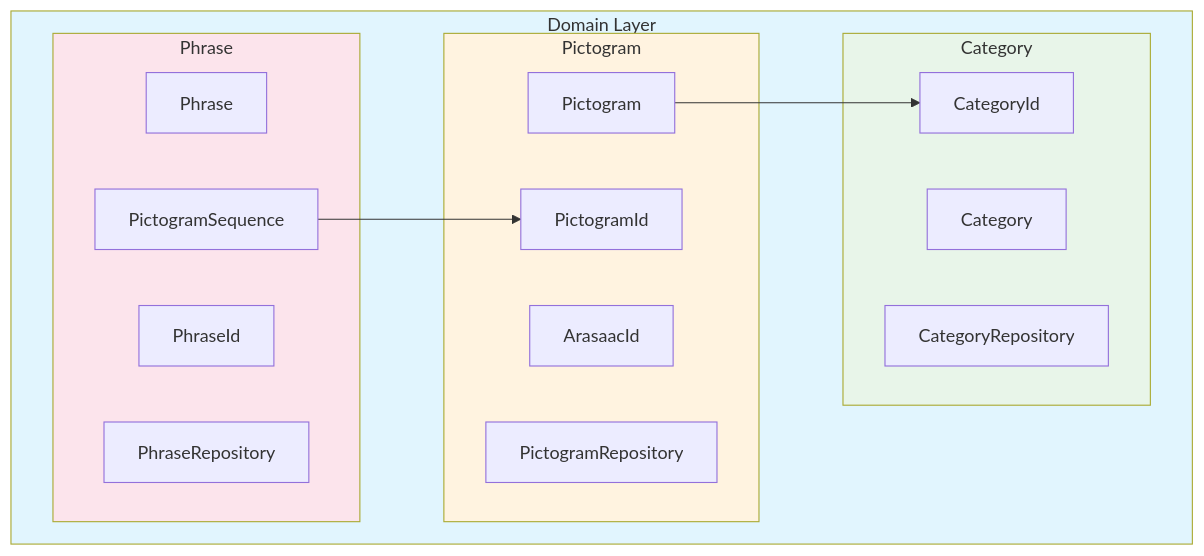
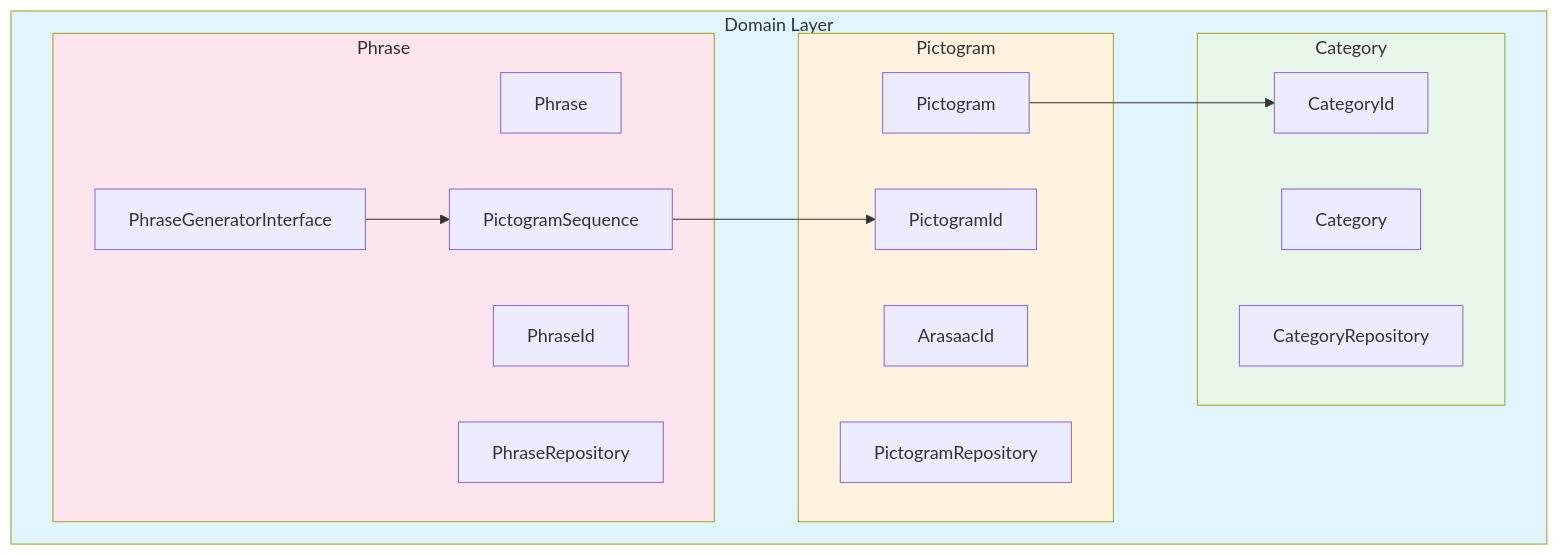
Before and after one commit to luismiglezmohino/HablaIA: the third of 4 diagrams in docs/diagrams/domain-layer.md, drawn with Mermaid. The commit also changed other lines of this file and 3 other files, not shown here.

First line of the commit message:
feat(domain): add PhraseGeneratorInterface for LLM abstraction

````diff
--- a/docs/diagrams/domain-layer.md
+++ b/docs/diagrams/domain-layer.md
@@ -132,32 +140,34 @@
 ```mermaid
 graph TB
     subgraph Domain["Domain Layer"]
         subgraph PictogramModule["Pictogram"]
             P_Entity[Pictogram]
             P_VO1[PictogramId]
             P_VO2[ArasaacId]
             P_Repo[PictogramRepository]
         end
 
         subgraph CategoryModule["Category"]
             C_Entity[Category]
             C_VO[CategoryId]
             C_Repo[CategoryRepository]
         end
 
         subgraph PhraseModule["Phrase"]
             Ph_Entity[Phrase]
             Ph_VO1[PhraseId]
             Ph_VO2[PictogramSequence]
             Ph_Repo[PhraseRepository]
+            Ph_Service[PhraseGeneratorInterface]
         end
     end
 
     P_Entity --> C_VO
     Ph_VO2 --> P_VO1
+    Ph_Service --> Ph_VO2
 
     style Domain fill:#e1f5fe
     style PictogramModule fill:#fff3e0
     style CategoryModule fill:#e8f5e9
     style PhraseModule fill:#fce4ec
 ```
````
